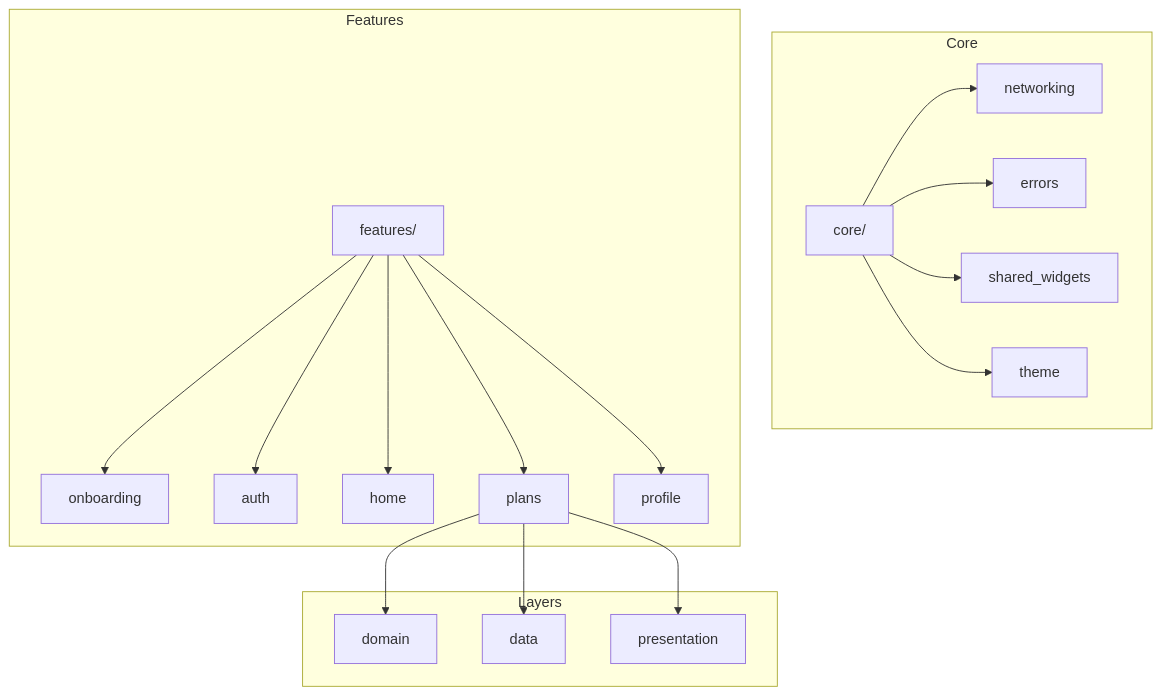
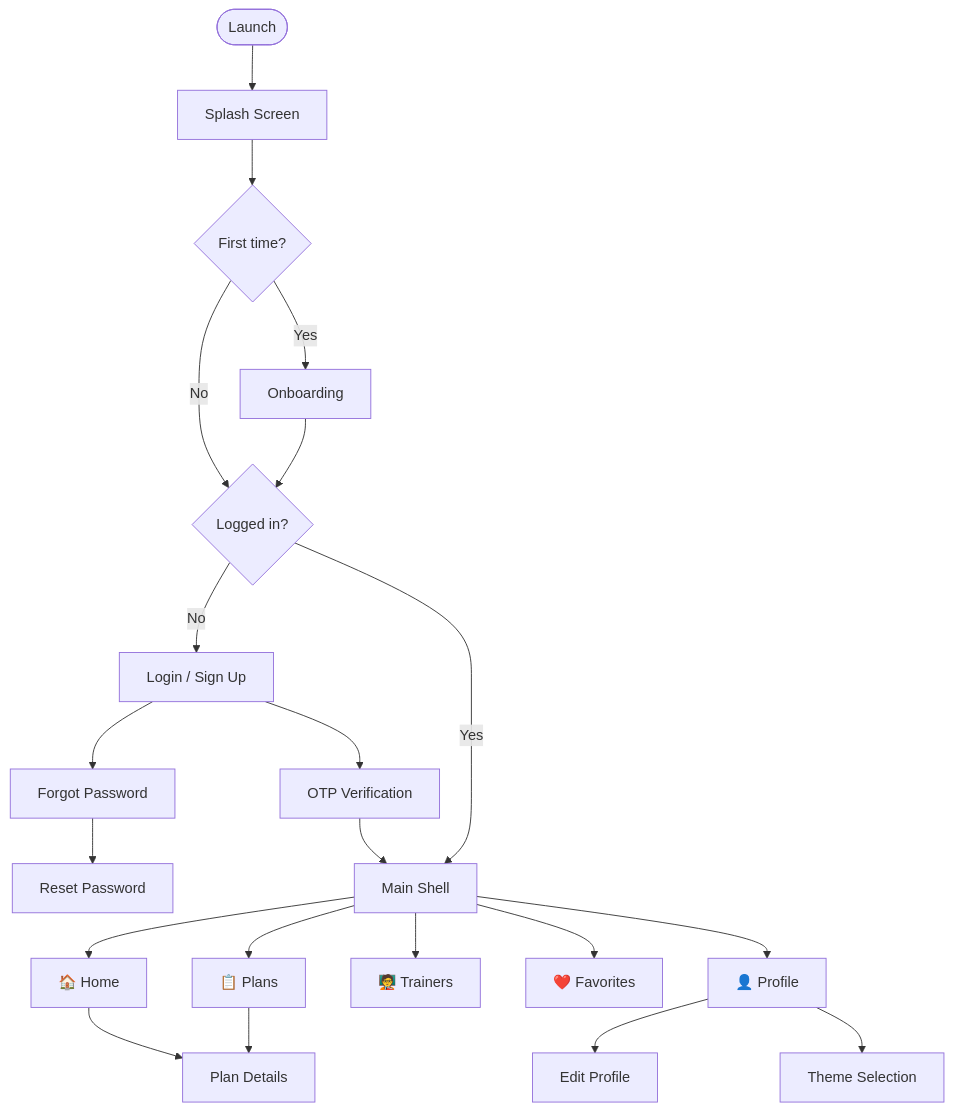
Before and after one commit to Eslam-Hossam1/fitness_app: the diagram in README.md, drawn with Mermaid. The commit also changed other lines of this file, not shown here.

Commit message:
docs: finalize merged premium README with navigation flow and assets

````diff
--- a/README.md
+++ b/README.md
@@ -155,23 +155,25 @@
 ```mermaid
-graph TD
-    subgraph Core
-        C[core/] --> NW[networking]
-        C --> ERR[errors]
-        C --> WDG[shared_widgets]
-        C --> THM[theme]
-    end
-    
-    subgraph Features
-        F[features/] --> ON[onboarding]
-        F --> AU[auth]
-        F --> HM[home]
-        F --> PL[plans]
-        F --> PR[profile]
-    end
-    
-    subgraph Layers
-        PL --> DMN[domain]
-        PL --> DT[data]
-        PL --> PRES[presentation]
-    end
+flowchart TD
+    A([Launch]) --> B[Splash Screen]
+    B --> C{First time?}
+    C -- Yes --> D[Onboarding]
+    C -- No --> E{Logged in?}
+    D --> E
+    E -- No --> F[Login / Sign Up]
+    F --> G[OTP Verification]
+    F --> H[Forgot Password]
+    H --> I[Reset Password]
+    G --> J
+    E -- Yes --> J
+
+    J[Main Shell] --> K[🏠 Home]
+    J --> L[📋 Plans]
+    J --> M[🧑‍🏫 Trainers]
+    J --> N[❤️ Favorites]
+    J --> O[👤 Profile]
+
+    K --> P[Plan Details]
+    L --> P
+    O --> Q[Edit Profile]
+    O --> R[Theme Selection]
 ```
````
